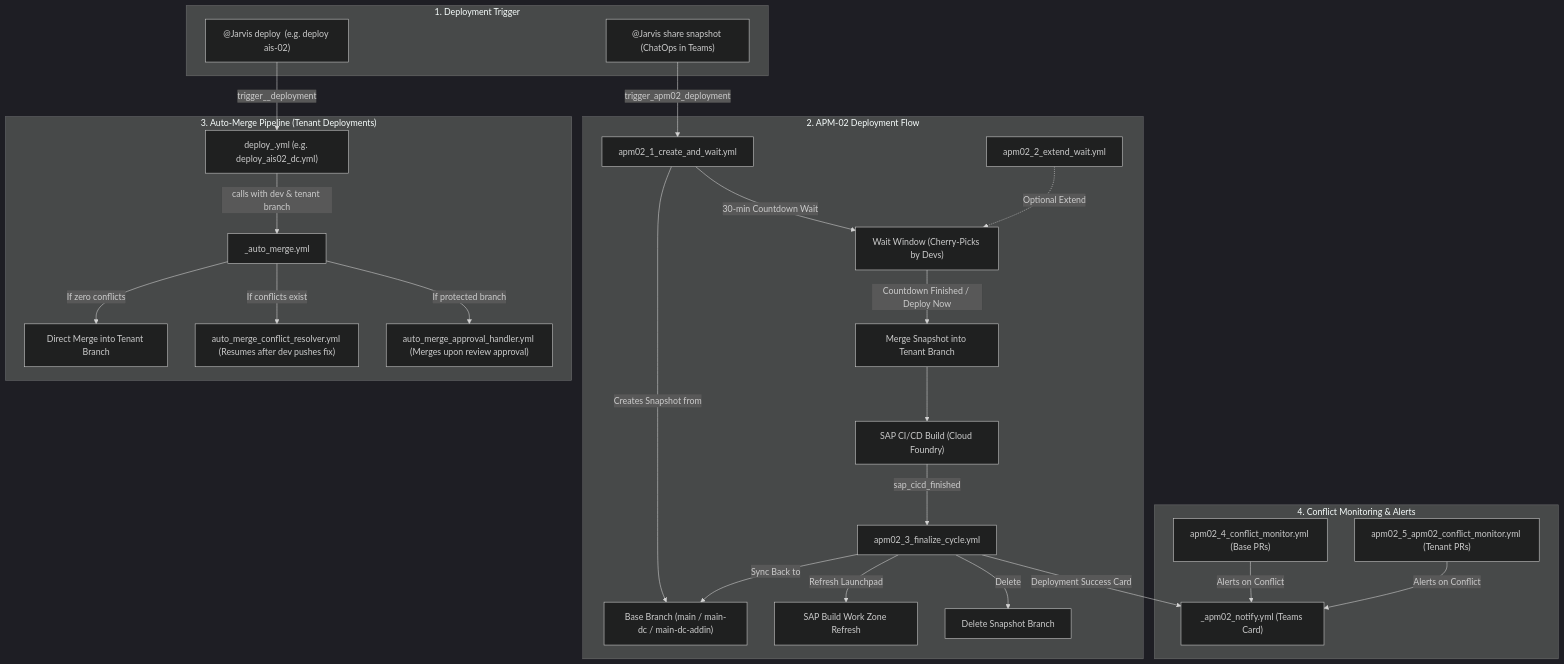
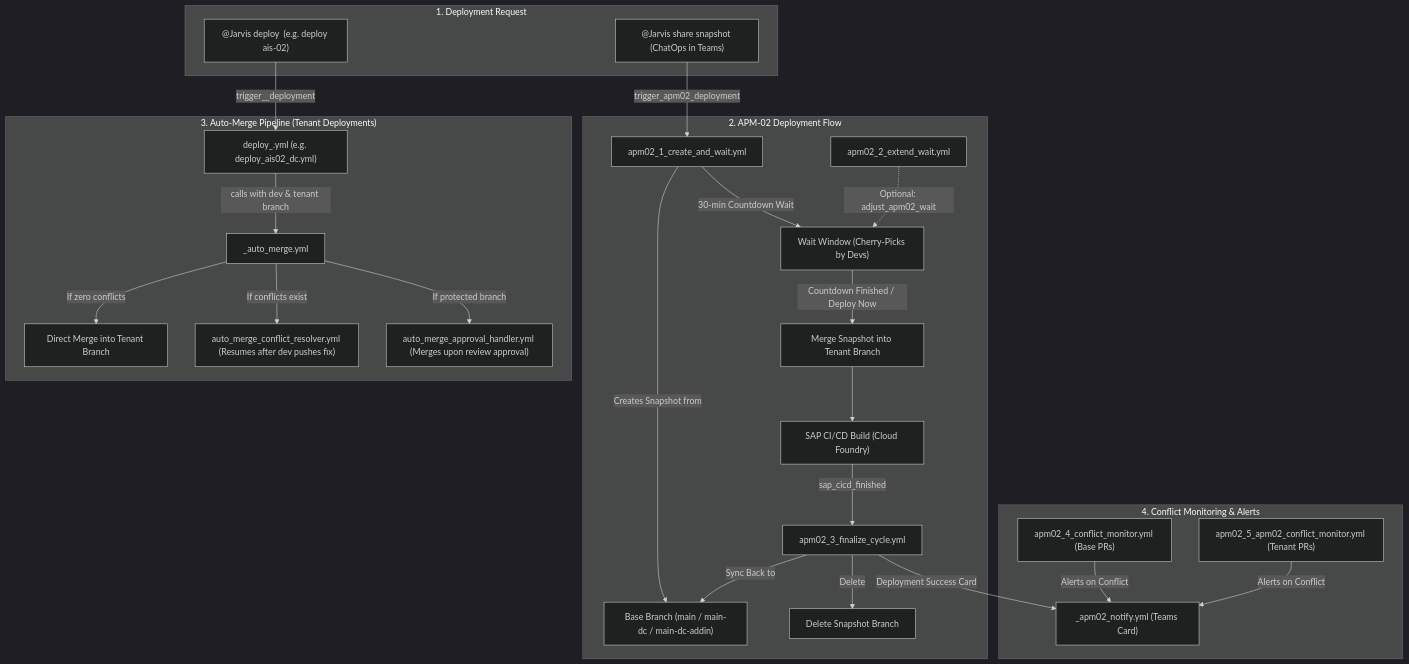
One commit to Daxesh-Asint/GitHub-Actions-Trial-2 changed the diagram in docs/WORKFLOW_INVENTORY_DOCUMENT.md. Above: the diagram before and after it, drawn with Mermaid (dark theme). The commit also changed other lines of this file and 1 other file, not shown here.

````diff
--- a/docs/WORKFLOW_INVENTORY_DOCUMENT.md
+++ b/docs/WORKFLOW_INVENTORY_DOCUMENT.md
@@ -282,35 +342,34 @@
 ```mermaid
 flowchart TD
-    subgraph Trigger["1. Deployment Trigger"]
+    subgraph Trigger["1. Deployment Request"]
         A["@Jarvis share snapshot (ChatOps in Teams)"]
         A2["@Jarvis deploy <tenant> (e.g. deploy ais-02)"]
     end
 
     subgraph APM02_Cycle["2. APM-02 Deployment Flow"]
         A -->|"trigger_apm02_deployment"| B["apm02_1_create_and_wait.yml"]
         B -->|"Creates Snapshot from"| Main["Base Branch (main / main-dc / main-dc-addin)"]
         B -->|"30-min Countdown Wait"| Wait["Wait Window (Cherry-Picks by Devs)"]
-        Ext["apm02_2_extend_wait.yml"] -.->|"Optional Extend"| Wait
+        Ext["apm02_2_extend_wait.yml"] -.->|"Optional: adjust_apm02_wait"| Wait
         Wait -->|"Countdown Finished / Deploy Now"| MergeTenant["Merge Snapshot into Tenant Branch"]
         MergeTenant --> SAP["SAP CI/CD Build (Cloud Foundry)"]
         SAP -->|"sap_cicd_finished"| Fin["apm02_3_finalize_cycle.yml"]
         Fin -->|"Sync Back to"| Main
-        Fin -->|"Refresh Launchpad"| BWZ["SAP Build Work Zone Refresh"]
         Fin -->|"Delete"| Del["Delete Snapshot Branch"]
     end
 
     subgraph AutoMerge_Flow["3. Auto-Merge Pipeline (Tenant Deployments)"]
         A2 -->|"trigger_<tenant>_deployment"| Caller["deploy_<tenant>.yml (e.g. deploy_ais02_dc.yml)"]
         Caller -->|"calls with dev & tenant branch"| AutoMerge["_auto_merge.yml"]
         AutoMerge -->|"If zero conflicts"| DirectMerge["Direct Merge into Tenant Branch"]
         AutoMerge -->|"If conflicts exist"| Resolver["auto_merge_conflict_resolver.yml (Resumes after dev pushes fix)"]
         AutoMerge -->|"If protected branch"| Approval["auto_merge_approval_handler.yml (Merges upon review approval)"]
     end
 
     subgraph Monitoring["4. Conflict Monitoring & Alerts"]
         Mon1["apm02_4_conflict_monitor.yml (Base PRs)"]
         Mon2["apm02_5_apm02_conflict_monitor.yml (Tenant PRs)"]
         Mon1 & Mon2 -->|"Alerts on Conflict"| Notify["_apm02_notify.yml (Teams Card)"]
         Fin -->|"Deployment Success Card"| Notify
     end
 ```
````
